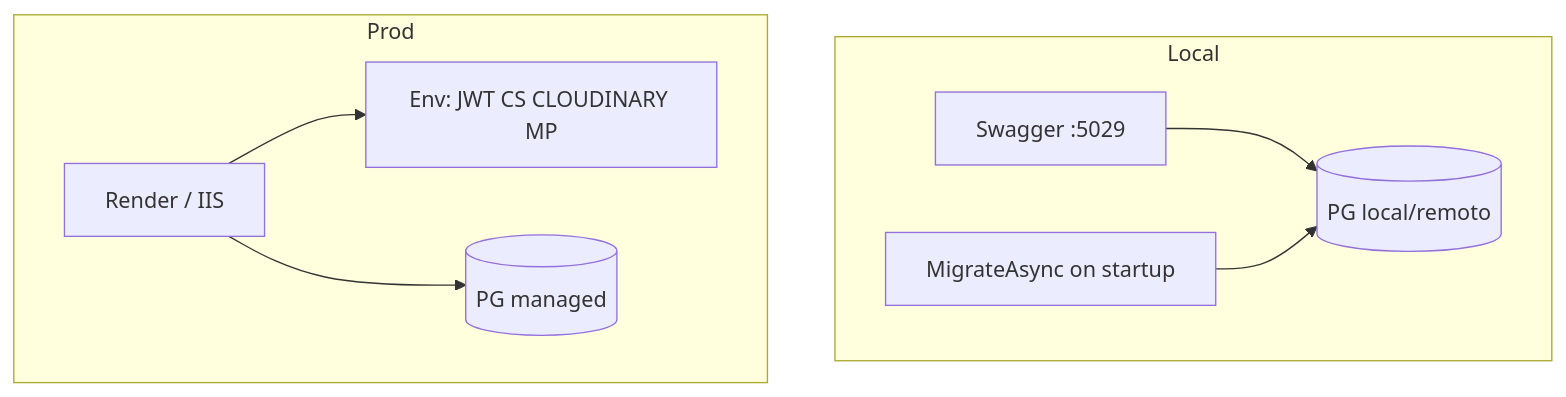
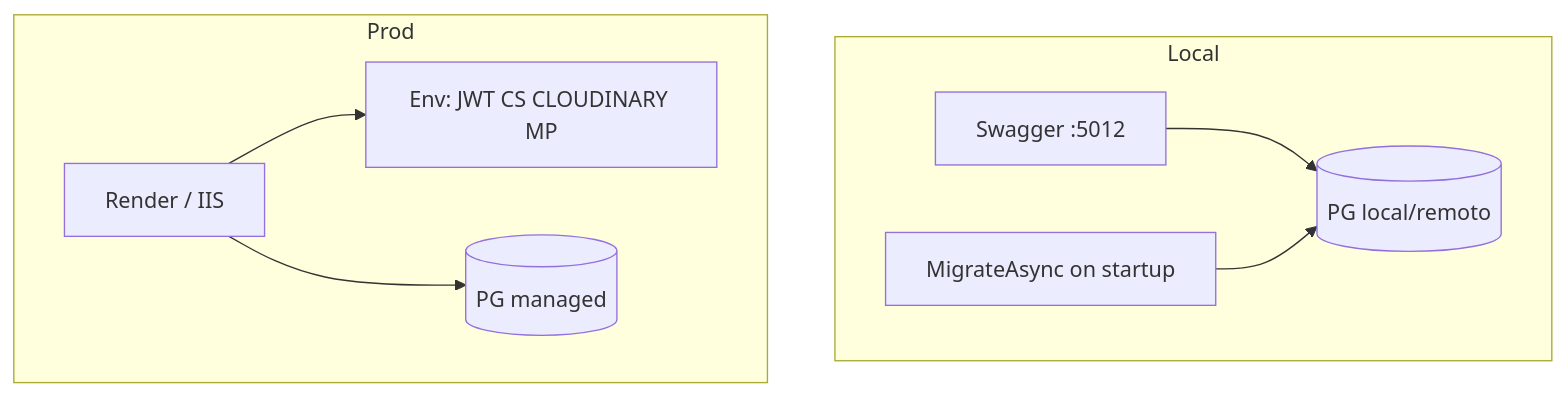
Before and after one commit to EzequielDigiacomo/SportTrack-Sigdef: the fifth of 7 diagrams in docs/tecnico/diagramas/01-globales.md, drawn with Mermaid. The commit also changed other lines of this file and 13 other files, not shown here.

````diff
--- a/docs/tecnico/diagramas/01-globales.md
+++ b/docs/tecnico/diagramas/01-globales.md
@@ -100,17 +100,17 @@
 ```mermaid
 flowchart TB
     subgraph Local
-        SW[Swagger :5029]
+        SW[Swagger :5012]
         MIG[MigrateAsync on startup]
         PGL[(PG local/remoto)]
     end
     subgraph Prod
         RENDER[Render / IIS]
         ENV[Env: JWT CS CLOUDINARY MP]
         PGP[(PG managed)]
     end
     SW --> PGL
     MIG --> PGL
     RENDER --> ENV
     RENDER --> PGP
 ```
````
